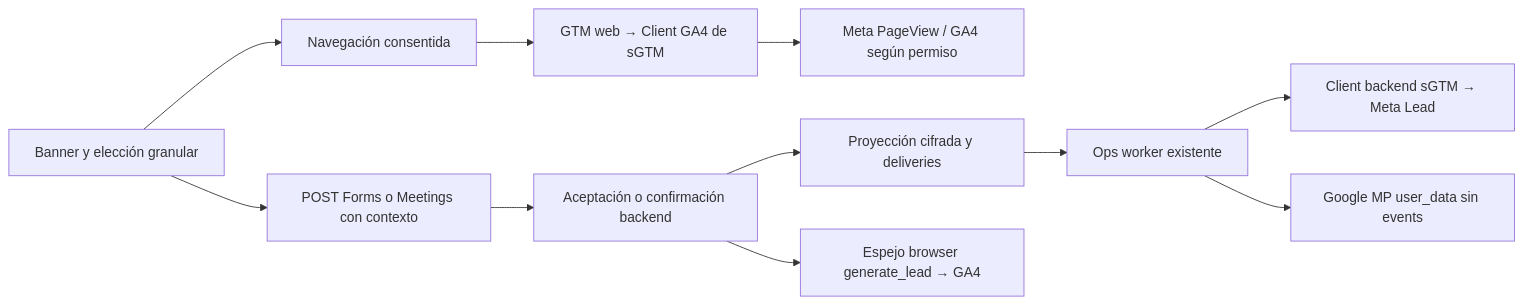
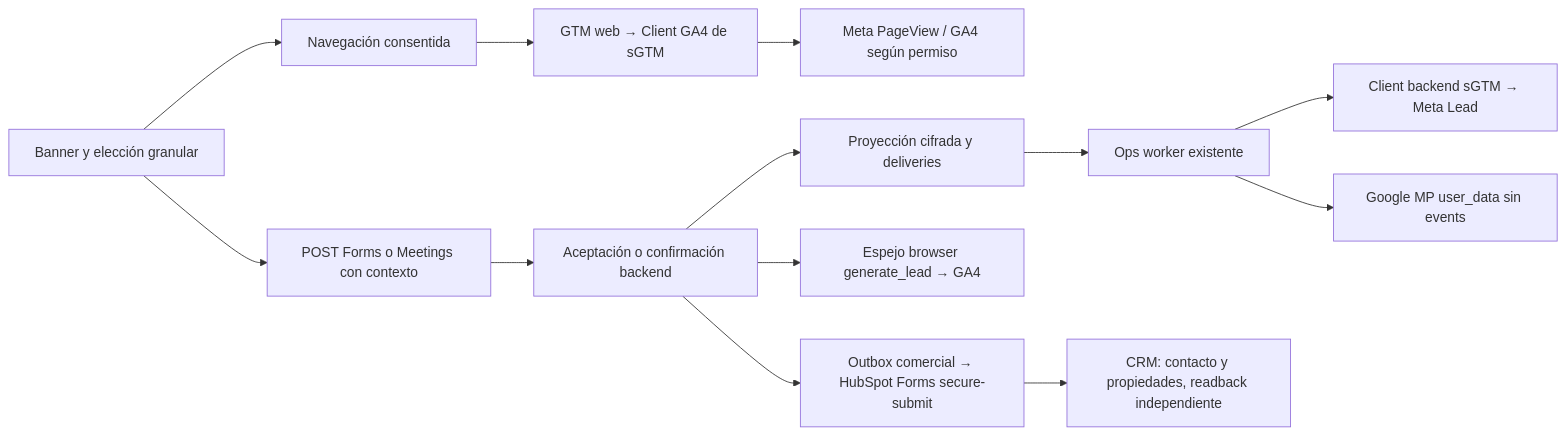
One commit to efeoncepro/greenhouse-eo changed the diagram in docs/reference/measurement-gtm-ga4/10-growth-lead-matching-runtime.md. Above: the diagram before and after it, drawn with Mermaid. The commit also changed other lines of this file and 10 other files, not shown here.

````diff
--- a/docs/reference/measurement-gtm-ga4/10-growth-lead-matching-runtime.md
+++ b/docs/reference/measurement-gtm-ga4/10-growth-lead-matching-runtime.md
@@ -26,13 +29,15 @@
 ```mermaid
 flowchart LR
   B["Banner y elección granular"] --> V["Navegación consentida"]
   V --> W["GTM web → Client GA4 de sGTM"]
   W --> P["Meta PageView / GA4 según permiso"]
   B --> S["POST Forms o Meetings con contexto"]
   S --> A["Aceptación o confirmación backend"]
   A --> Q["Proyección cifrada y deliveries"]
   Q --> R["Ops worker existente"]
   R --> M["Client backend sGTM → Meta Lead"]
   R --> G["Google MP user_data sin events"]
   A --> E["Espejo browser generate_lead → GA4"]
+  A --> O["Outbox comercial → HubSpot Forms secure-submit"]
+  O --> C["CRM: contacto y propiedades, readback independiente"]
 ```
````
